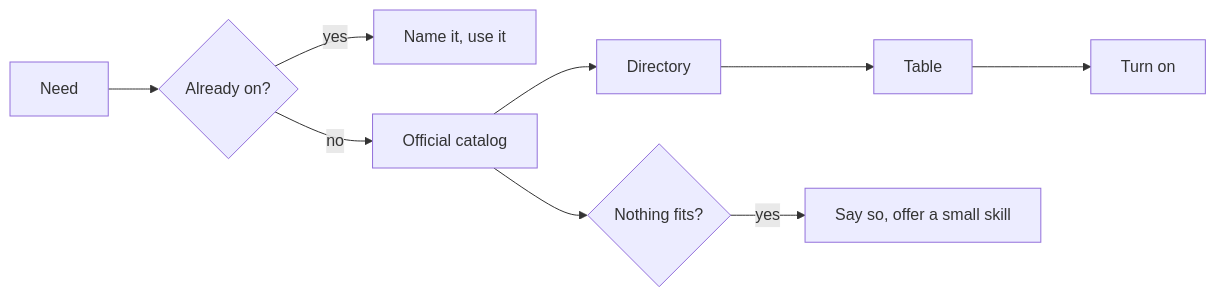
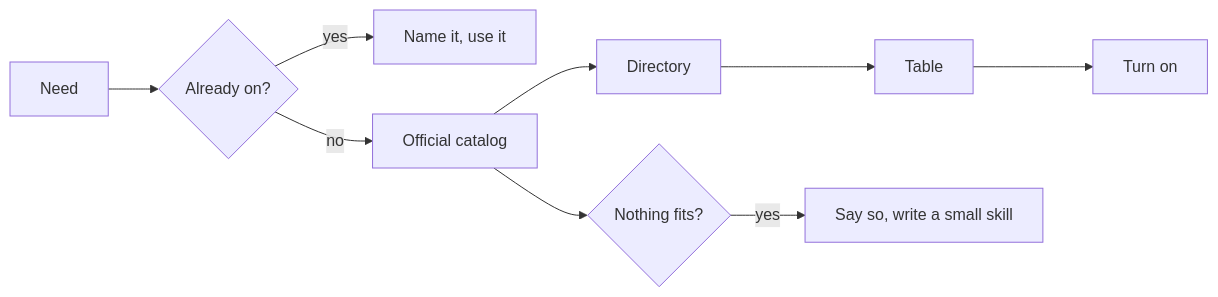
One commit to Colorado-Startups/claudius changed the diagram in plugin/skills/find-plugin/SKILL.md. Above: the diagram before and after it, drawn with Mermaid. The commit also changed other lines of this file and 1 other file, not shown here.

Commit message:
find-plugin writes the small skill instead of offering it
Claude-Session: https://claude.ai/code/session_016EKrPFEtq5DcYVvuxHoVhR

````diff
--- a/plugin/skills/find-plugin/SKILL.md
+++ b/plugin/skills/find-plugin/SKILL.md
@@ -17,6 +17,6 @@
 ```mermaid
 flowchart LR
   N[Need] --> O{Already on?} -->|yes| U[Name it, use it]
   O -->|no| C[Official catalog] --> D[Directory] --> T[Table] --> I[Turn on]
-  C --> G{Nothing fits?} -->|yes| S[Say so, offer a small skill]
+  C --> G{Nothing fits?} -->|yes| S[Say so, write a small skill]
 ```
````
